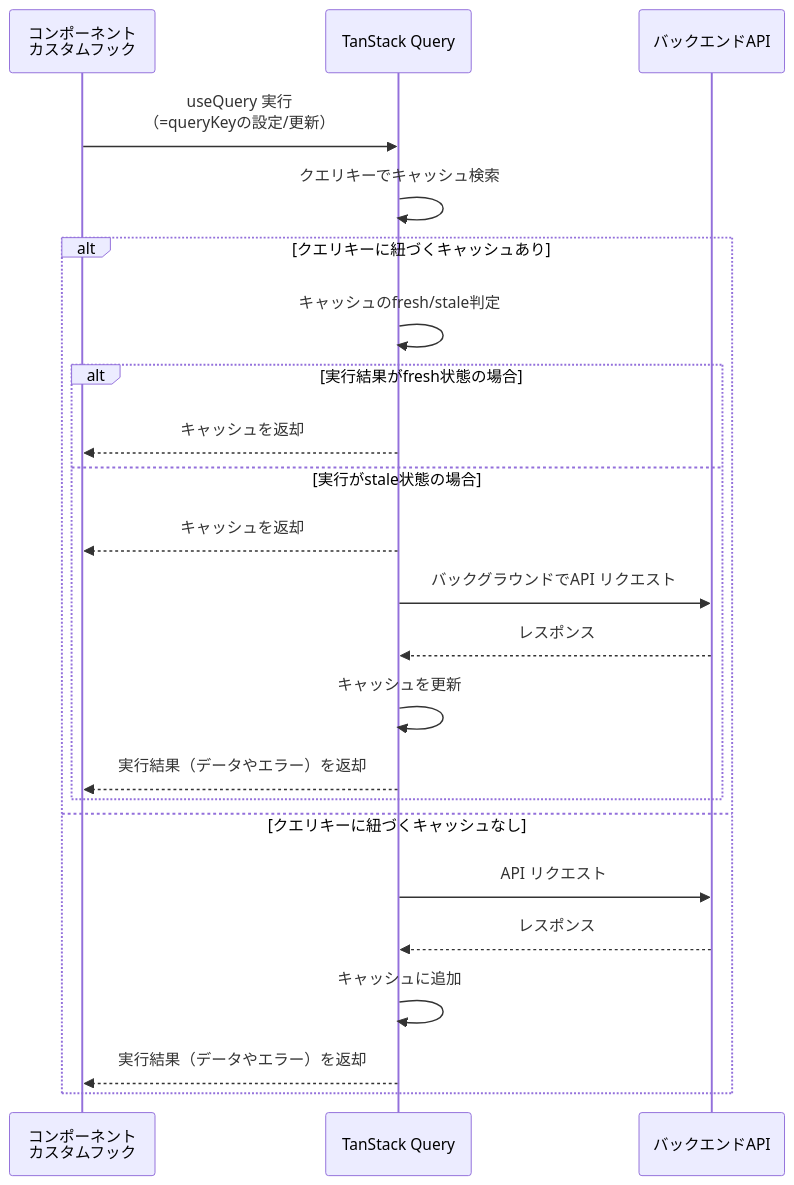
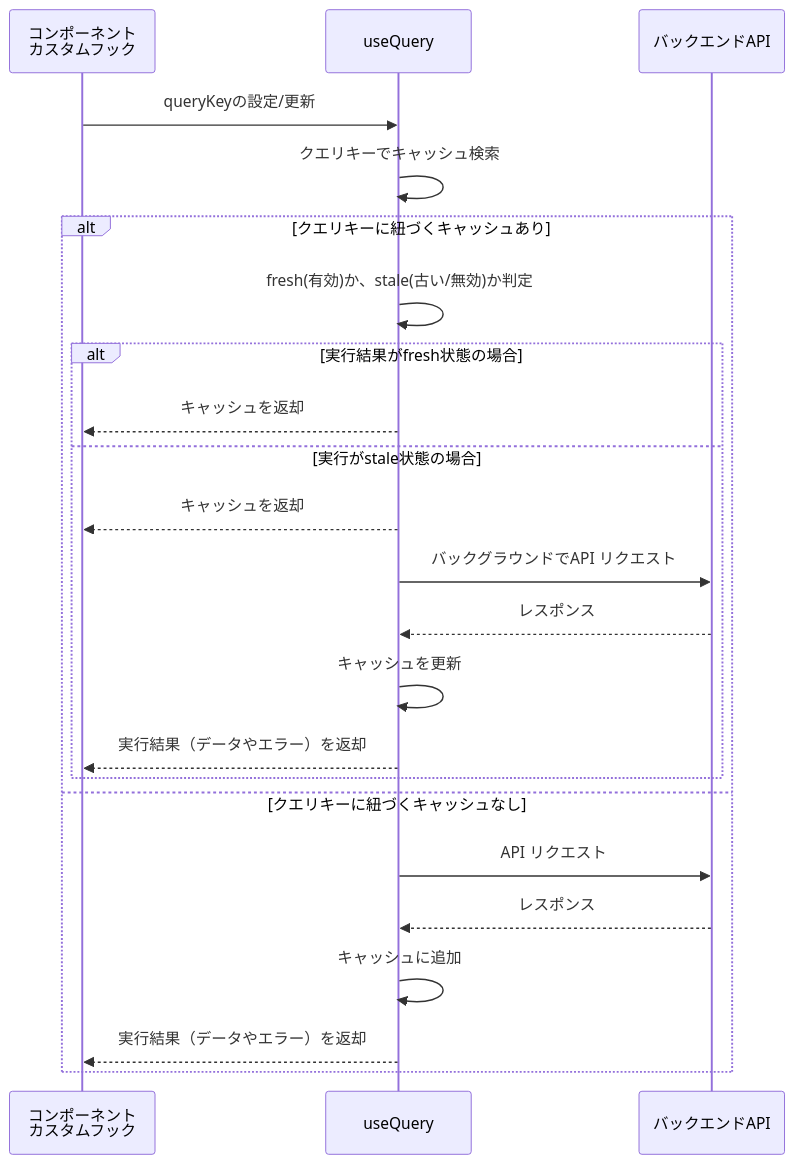
The first of 4 diagrams in docs/guide/7.TanstackQuery.md (daisuke0412/react-sample), drawn with Mermaid before and after one commit.

````diff
--- a/docs/guide/7.TanstackQuery.md
+++ b/docs/guide/7.TanstackQuery.md
@@ -164,26 +164,26 @@
 ```mermaid
 sequenceDiagram
   participant Component as コンポーネント<br>カスタムフック
-  participant TQ as TanStack Query
+  participant TQ as useQuery
   participant API as バックエンドAPI
 
-  Component->>TQ: useQuery 実行<br>（=queryKeyの設定/更新）
+  Component->>TQ: queryKeyの設定/更新
   TQ->>TQ: クエリキーでキャッシュ検索
   alt クエリキーに紐づくキャッシュあり
-    TQ->>TQ: キャッシュのfresh/stale判定
+    TQ->>TQ: fresh(有効)か、stale(古い/無効)か判定
     alt 実行結果がfresh状態の場合
       TQ-->>Component: キャッシュを返却
     else 実行がstale状態の場合
       TQ-->>Component: キャッシュを返却
       TQ->>API: バックグラウンドでAPI リクエスト
       API-->>TQ: レスポンス
       TQ->>TQ: キャッシュを更新
       TQ-->>Component: 実行結果（データやエラー）を返却
     end
   else クエリキーに紐づくキャッシュなし
     TQ->>API: API リクエスト
     API-->>TQ: レスポンス
     TQ->>TQ: キャッシュに追加
     TQ-->>Component: 実行結果（データやエラー）を返却
   end
 ```
````
